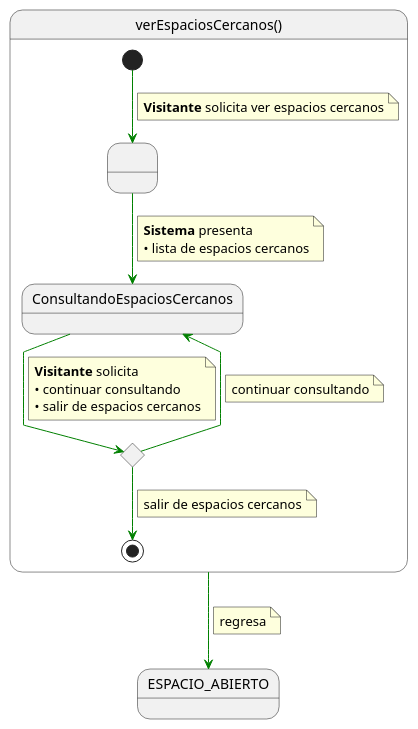
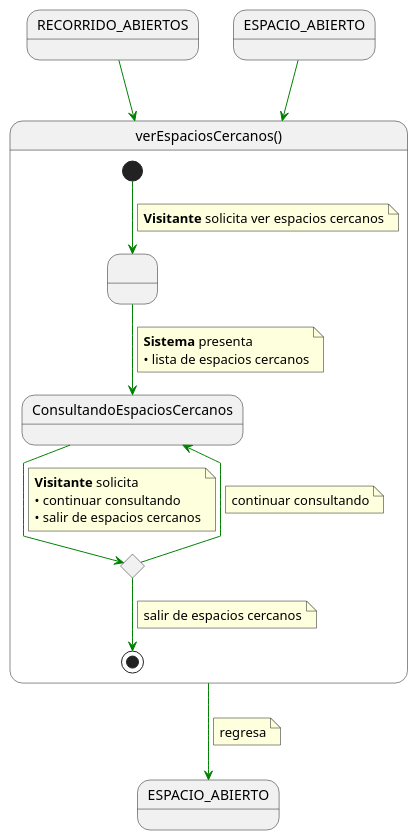
The diagram in documentos/01-casoDeUso/3-DetallarCasosDeUso/1-Visitante/verEspaciosCercanos/verEspaciosCercanos.puml (Camila-Lesly/25-26-idsw1-sdr), drawn with PlantUML before and after one commit. The commit also changed 22 other files, not shown here.

```diff
--- a/documentos/01-casoDeUso/3-DetallarCasosDeUso/1-Visitante/verEspaciosCercanos/verEspaciosCercanos.puml
+++ b/documentos/01-casoDeUso/3-DetallarCasosDeUso/1-Visitante/verEspaciosCercanos/verEspaciosCercanos.puml
@@ -1,42 +1,47 @@
 @startuml
 skinparam linetype polyline
+
+state in1 as "RECORRIDO_ABIERTOS"
+in1 -[#green]-> verEspaciosCercanos
+state in2 as "ESPACIO_ABIERTO"
+in2 -[#green]-> verEspaciosCercanos
 
 state verEspaciosCercanos as "verEspaciosCercanos()" {
     state " " as SolicitandoEspaciosCercanos
     state ConsultandoEspaciosCercanos
     state c <<choice>>
 
     [*] -[#green]-> SolicitandoEspaciosCercanos 
     note on link
     <b>Visitante</b> solicita ver espacios cercanos
     end note    
     
     SolicitandoEspaciosCercanos -[#green]-> ConsultandoEspaciosCercanos
     note on link
     <b>Sistema</b> presenta
     • lista de espacios cercanos
     end note
     
     ConsultandoEspaciosCercanos -[#green]-> c
     note on link
     <b>Visitante</b> solicita
     • continuar consultando
     • salir de espacios cercanos
     end note
     
     c -[#green]-> ConsultandoEspaciosCercanos
     note on link
     continuar consultando
     end note
 
     c -[#green]-> [*]
     note on link
     salir de espacios cercanos
     end note
 }
 
 verEspaciosCercanos -[#green]-> ESPACIO_ABIERTO
 note on link
 regresa
 end note
 @enduml
```
